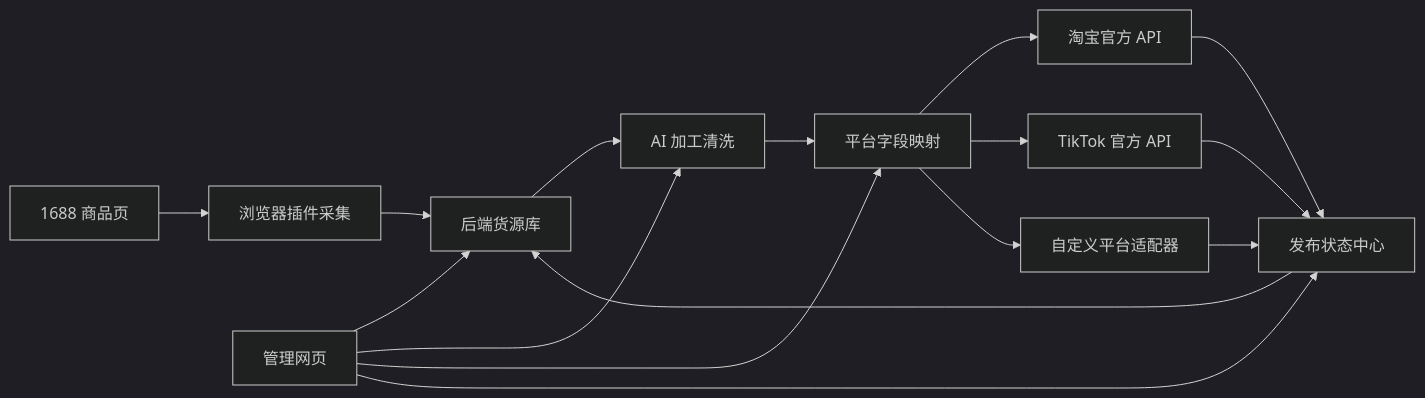
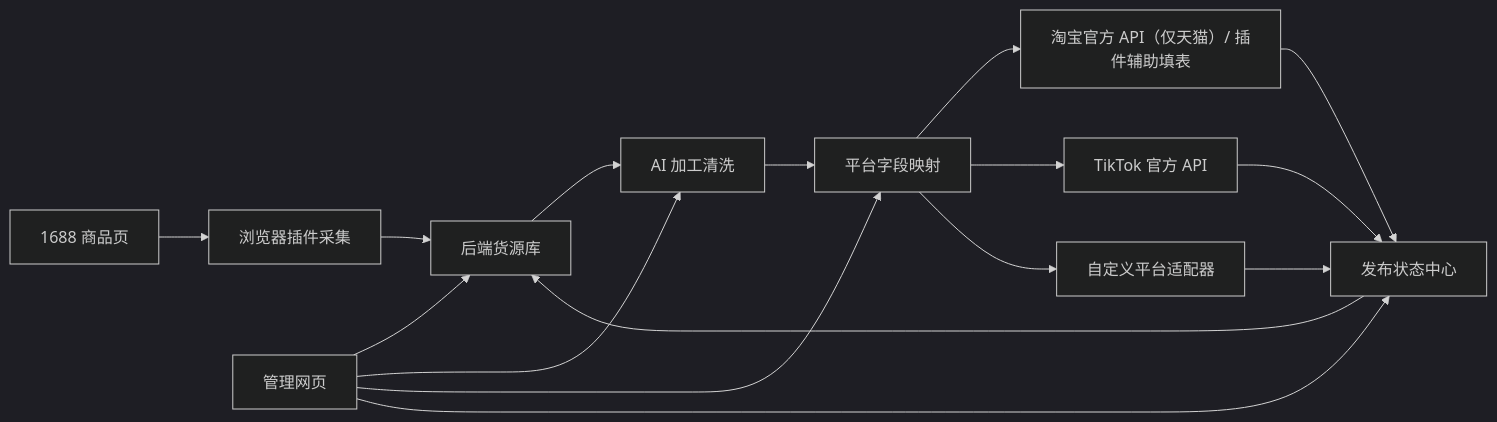
One commit to heqi2678-dev/xiaolongxia-ai changed the first of 3 diagrams in .monkeycode/specs/2026-10-10-1688-dropship-plugin/design.md. Above: the diagram before and after it, drawn with Mermaid (dark theme). The commit also changed other lines of this file and 11 other files, not shown here.

````diff
--- a/.monkeycode/specs/2026-10-10-1688-dropship-plugin/design.md
+++ b/.monkeycode/specs/2026-10-10-1688-dropship-plugin/design.md
@@ -29,18 +29,18 @@
 ```mermaid
 graph LR
     A["1688 商品页"] --> B["浏览器插件采集"]
     B --> C["后端货源库"]
     C --> D["AI 加工清洗"]
     D --> E["平台字段映射"]
-    E --> F1["淘宝官方 API"]
+    E --> F1["淘宝官方 API（仅天猫）/ 插件辅助填表"]
     E --> F2["TikTok 官方 API"]
     E --> F3["自定义平台适配器"]
     F1 --> G["发布状态中心"]
     F2 --> G
     F3 --> G
     G --> C
     H["管理网页"] --> C
     H --> D
     H --> E
     H --> G
 ```
````
